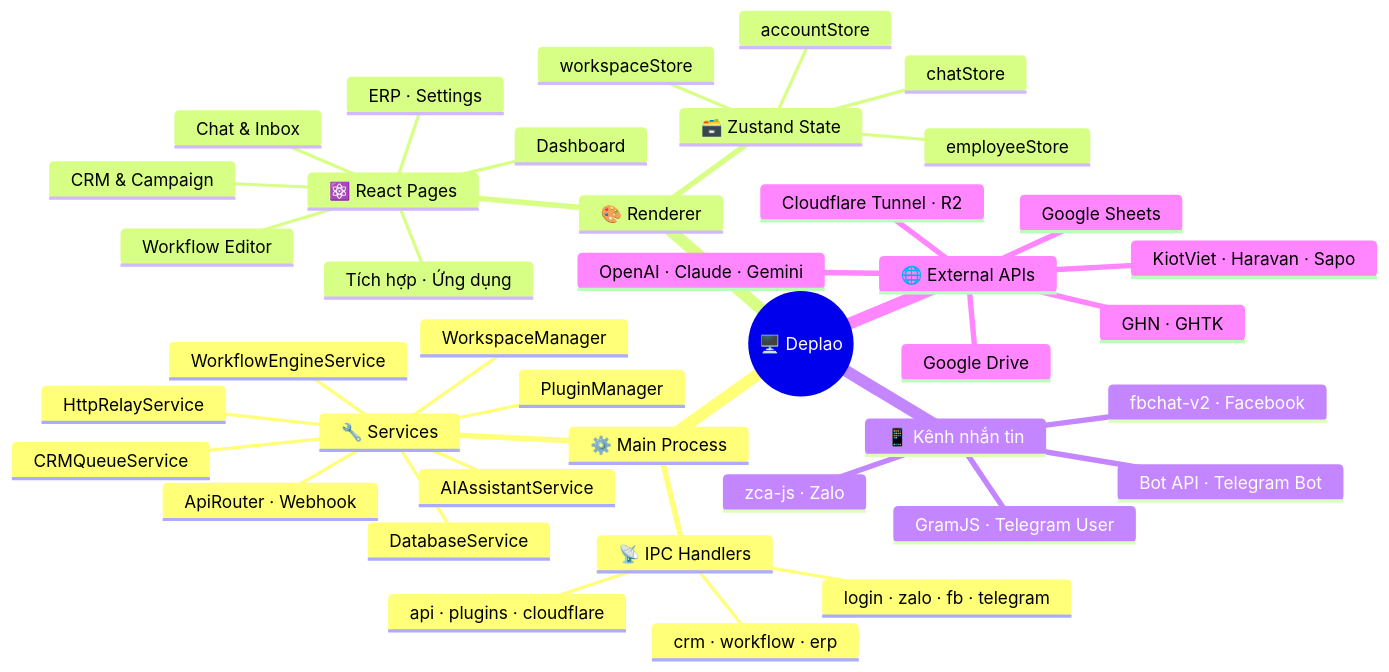
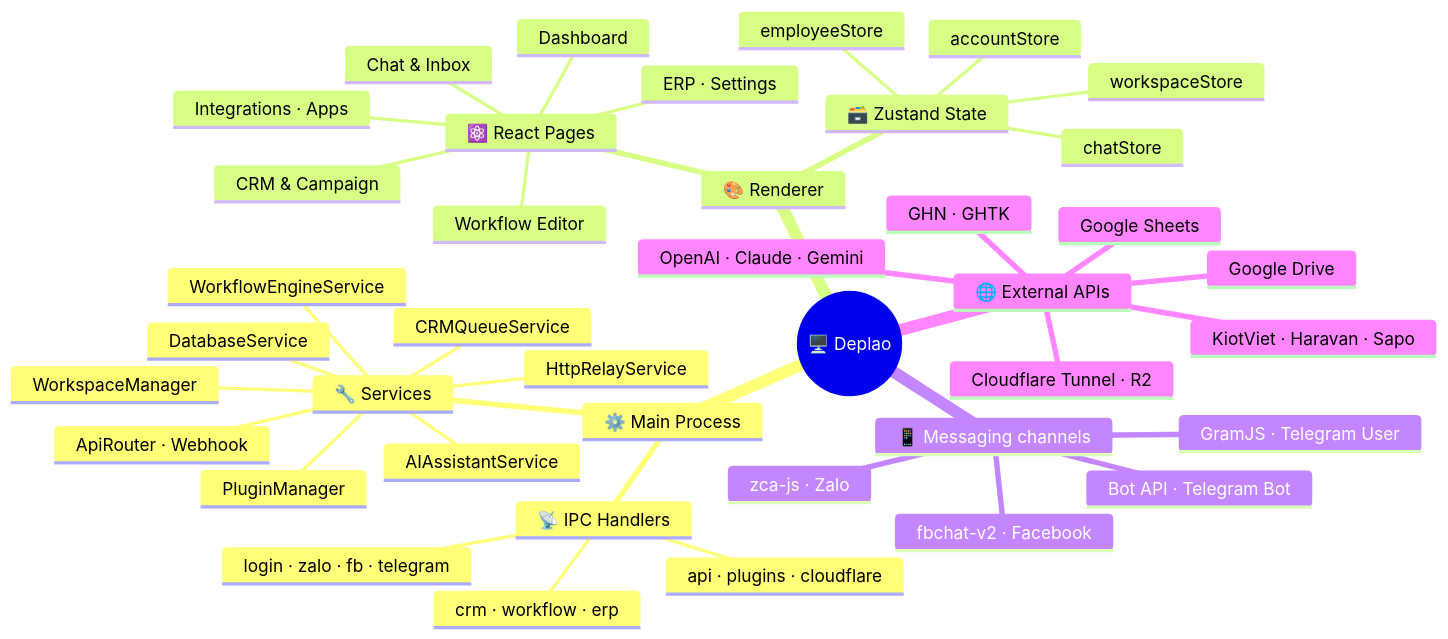
Before and after one commit to zqf20096327/ai_collect: the second of 4 diagrams in data/readmes/babyvibe__deplao-builder.md, drawn with Mermaid. The commit also changed other lines of this file and 1613 other files, not shown here.

````diff
--- a/data/readmes/babyvibe__deplao-builder.md
+++ b/data/readmes/babyvibe__deplao-builder.md
@@ -250,43 +245,43 @@
 ```mermaid
 mindmap
   root((🖥️ Deplao))
     ⚙️ Main Process
       📡 IPC Handlers
         login · zalo · fb · telegram
         crm · workflow · erp
         api · plugins · cloudflare
       🔧 Services
         DatabaseService
         WorkspaceManager
         WorkflowEngineService
         CRMQueueService
         HttpRelayService
         ApiRouter · Webhook
         PluginManager
         AIAssistantService
     🎨 Renderer
       ⚛️ React Pages
         Dashboard
         Chat & Inbox
         CRM & Campaign
         Workflow Editor
-        Tích hợp · Ứng dụng
+        Integrations · Apps
         ERP · Settings
       🗃️ Zustand State
         accountStore
         chatStore
         workspaceStore
         employeeStore
-    📱 Kênh nhắn tin
+    📱 Messaging channels
       zca-js · Zalo
       fbchat-v2 · Facebook
       GramJS · Telegram User
       Bot API · Telegram Bot
     🌐 External APIs
       OpenAI · Claude · Gemini
       Google Sheets
       KiotViet · Haravan · Sapo
       GHN · GHTK
       Cloudflare Tunnel · R2
       Google Drive
 ```
````
